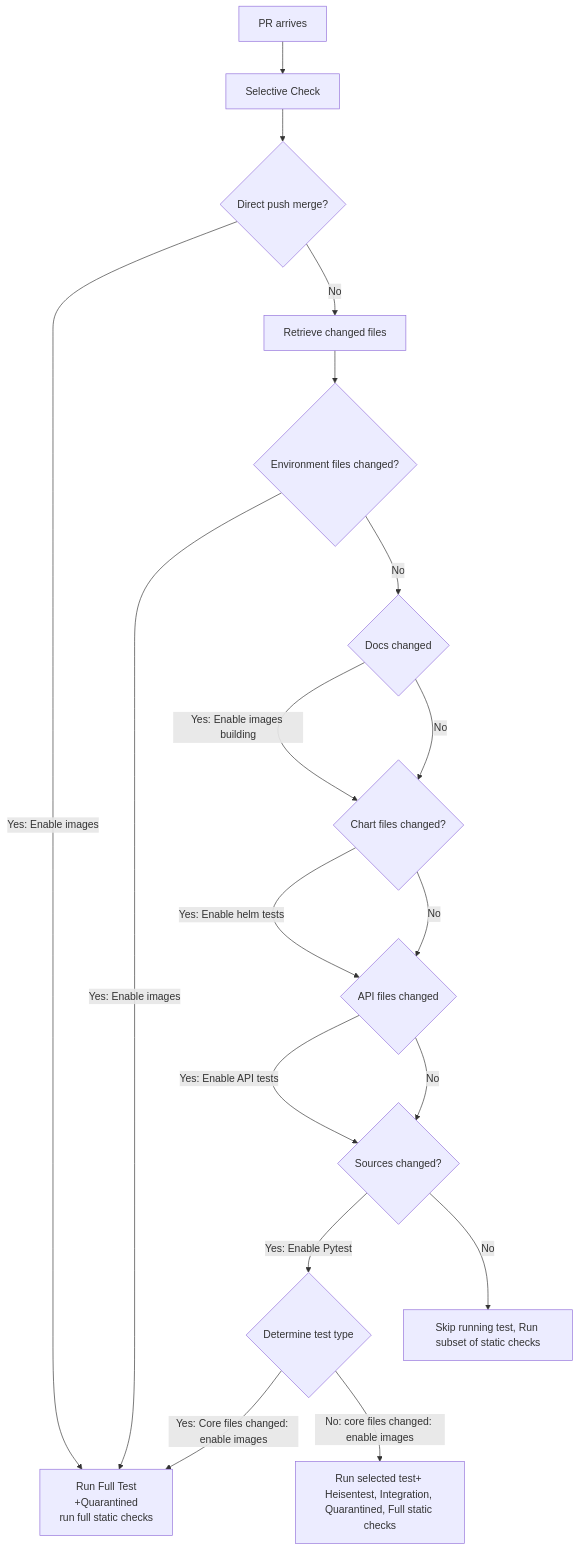
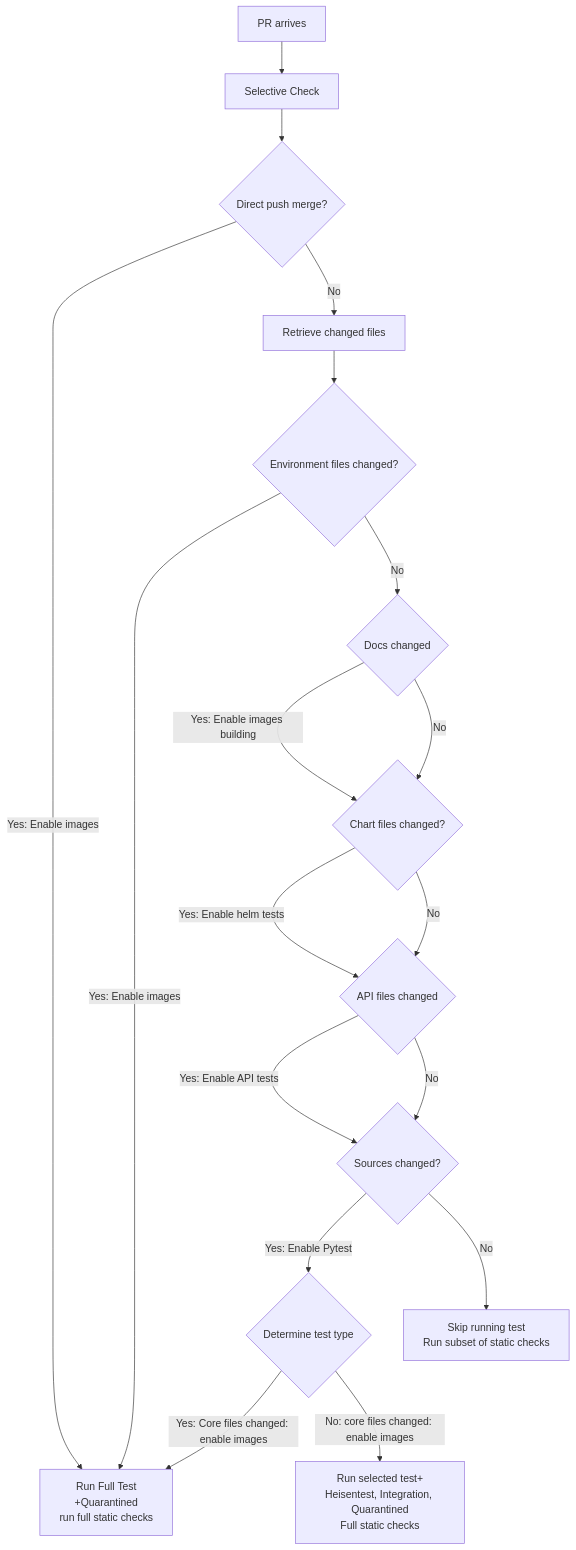
Before and after one commit to edithturn/golang-training: the diagram in README.md, drawn with Mermaid.

Commit message:
test mermaid

````diff
--- a/README.md
+++ b/README.md
@@ -7,20 +7,20 @@
 ```mermaid
 flowchart TD
 A[PR arrives]-->B[Selective Check]
 B-->C{Direct push merge?}
 C-->|Yes: Enable images| D[Run Full Test<br />+Quarantined<br />run full static checks]
 C-->|No| E[Retrieve changed files]
 E-->F{Environment files changed?}
 F-->|Yes: Enable images| D
 F-->|No| G{Docs changed}
 G-->|Yes: Enable images building| I{Chart files changed?}
 G-->|No| I
 I-->|Yes: Enable helm tests| J{API files changed}
 I-->|No| J
 J-->|Yes: Enable API tests| H{Sources changed?}
 J-->|No| H
 H-->|Yes: Enable Pytest| K{Determine test type}
 K-->|Yes: Core files changed: enable images| D
-K-->|No: core files changed: enable images| M[Run selected test+ Heisentest, Integration, Quarantined, Full static checks] 
-H-->|No| L[Skip running test, Run subset of static checks]
+K-->|No: core files changed: enable images| M[Run selected test+<br />Heisentest, Integration, Quarantined<br />Full static checks] 
+H-->|No| L[Skip running test<br />Run subset of static checks]
 ```
````
